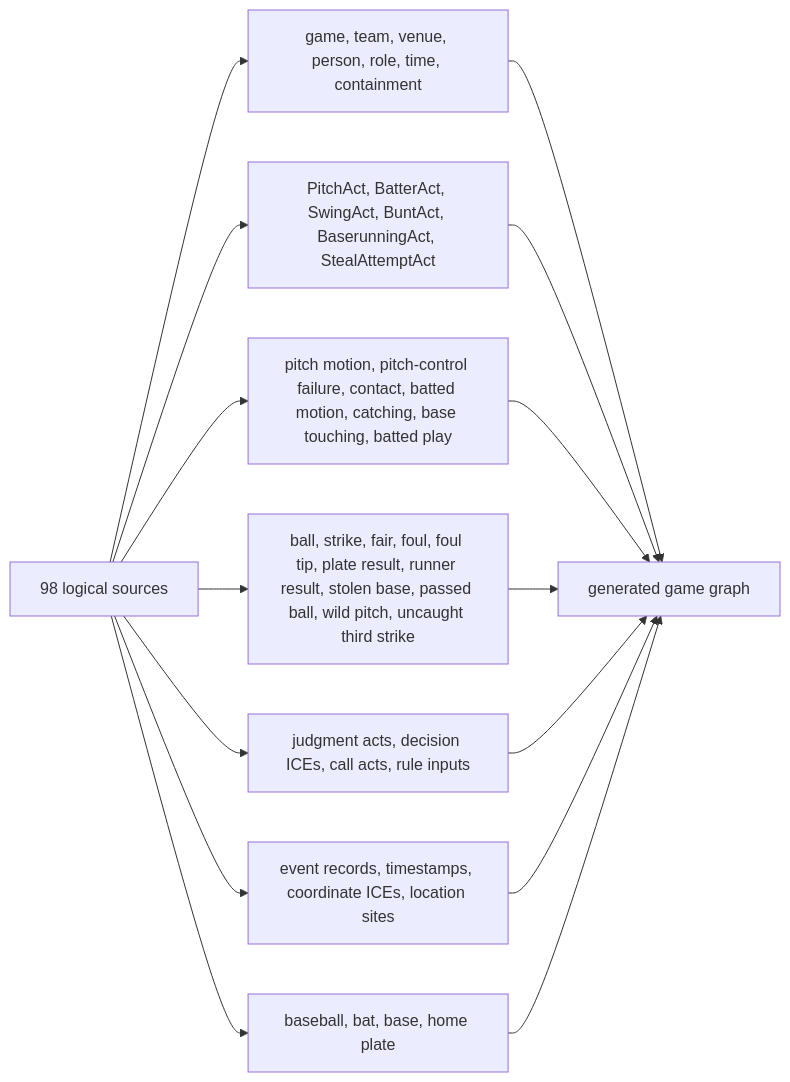
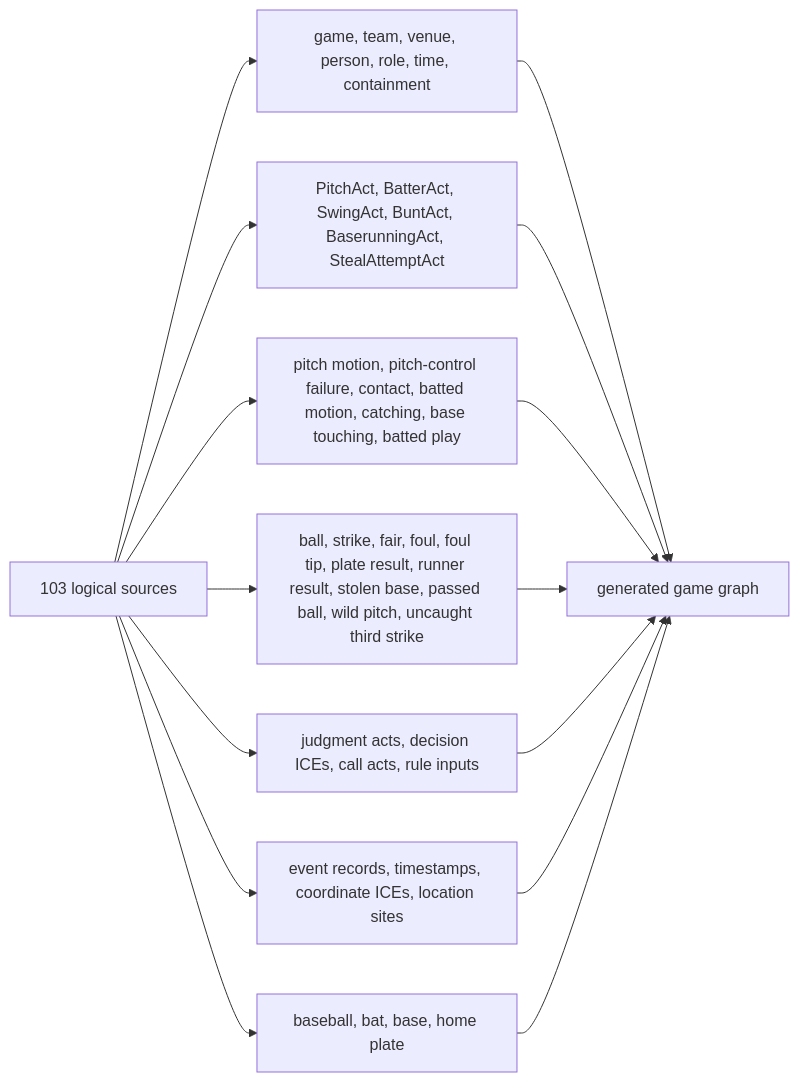
Before and after one commit to CarterBeauBenson/BaseballO: the diagram in Baseball/mermaid/03-triples-map-families.md, drawn with Mermaid. The commit also changed other lines of this file and 221 other files, not shown here.

Commit message:
feat: implement graph-native metrics and document remaining evidence gaps

````diff
--- a/Baseball/mermaid/03-triples-map-families.md
+++ b/Baseball/mermaid/03-triples-map-families.md
@@ -3,17 +3,17 @@
 ```mermaid
 flowchart LR
-    SOURCE["98 logical sources"] --> CONTEXT["game, team, venue, person, role, time, containment"]
+    SOURCE["103 logical sources"] --> CONTEXT["game, team, venue, person, role, time, containment"]
     SOURCE --> ACT["PitchAct, BatterAct, SwingAct, BuntAct, BaserunningAct, StealAttemptAct"]
     SOURCE --> PHYSICAL["pitch motion, pitch-control failure, contact, batted motion, catching, base touching, batted play"]
     SOURCE --> INSTITUTIONAL["ball, strike, fair, foul, foul tip, plate result, runner result, stolen base, passed ball, wild pitch, uncaught third strike"]
     SOURCE --> ADJ["judgment acts, decision ICEs, call acts, rule inputs"]
     SOURCE --> INFO["event records, timestamps, coordinate ICEs, location sites"]
     SOURCE --> ARTIFACT["baseball, bat, base, home plate"]
     CONTEXT --> RDF["generated game graph"]
     ACT --> RDF
     PHYSICAL --> RDF
     INSTITUTIONAL --> RDF
     ADJ --> RDF
     INFO --> RDF
     ARTIFACT --> RDF
 ```
````
